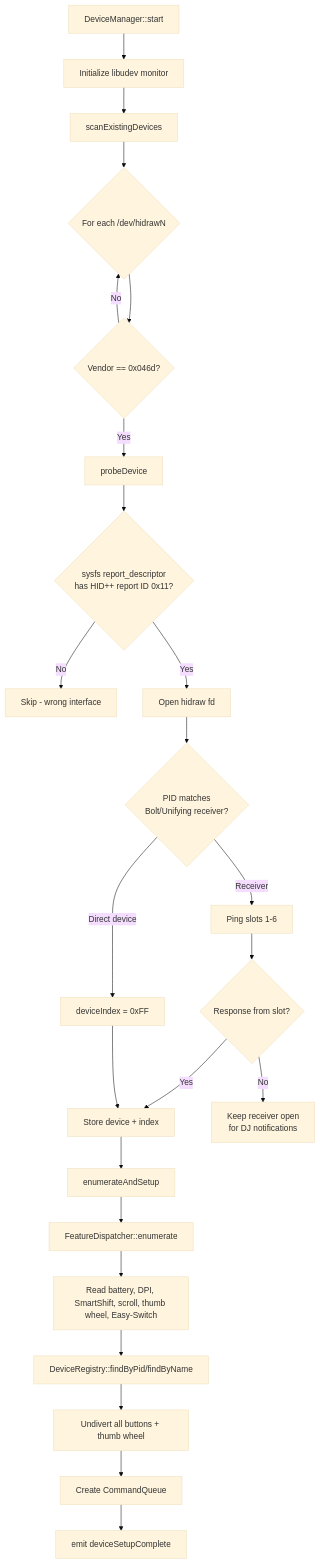
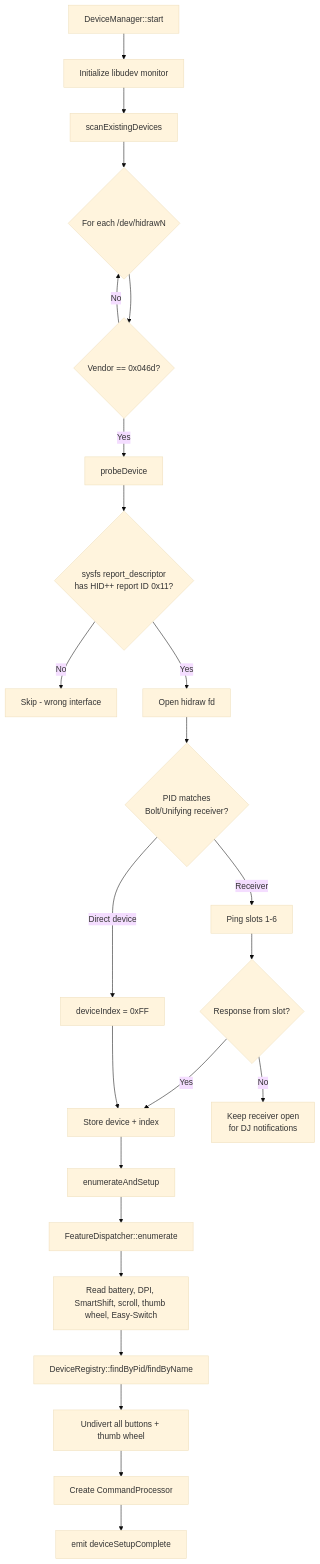
Diagram 12 of 15 in docs/wiki/Architecture.md (mmaher88/logitune), drawn with Mermaid (base theme) before and after one commit. The commit also changed other lines of this file and 58 other files, not shown here.

First line of the commit message:
Refactor: extract behavior from AppController, rename to AppRoot, polish class naming, rewrite architecture wiki (closes #107) (#108)

````diff
--- a/docs/wiki/Architecture.md
+++ b/docs/wiki/Architecture.md
@@ -596,31 +957,31 @@
 ```mermaid
 flowchart TD
     Start[DeviceManager::start] --> InitUdev[Initialize libudev monitor]
     InitUdev --> Scan[scanExistingDevices]
     Scan --> ForEach{For each /dev/hidrawN}
 
     ForEach --> CheckVendor{Vendor == 0x046d?}
     CheckVendor -->|No| ForEach
     CheckVendor -->|Yes| Probe[probeDevice]
 
     Probe --> CheckDesc{sysfs report_descriptor<br/>has HID++ report ID 0x11?}
     CheckDesc -->|No| Skip[Skip - wrong interface]
     CheckDesc -->|Yes| Open[Open hidraw fd]
     Open --> CheckPID{PID matches<br/>Bolt/Unifying receiver?}
 
     CheckPID -->|Receiver| PingSlots[Ping slots 1-6]
     PingSlots --> Found{Response from slot?}
     Found -->|Yes| Connect[Store device + index]
     Found -->|No| KeepOpen[Keep receiver open<br/>for DJ notifications]
 
     CheckPID -->|Direct device| SetDirect[deviceIndex = 0xFF]
     SetDirect --> Connect
 
     Connect --> Enumerate[enumerateAndSetup]
     Enumerate --> Features[FeatureDispatcher::enumerate]
     Features --> ReadState[Read battery, DPI, SmartShift, scroll, thumb wheel, Easy-Switch]
     ReadState --> LookupDesc[DeviceRegistry::findByPid/findByName]
     LookupDesc --> Undivert[Undivert all buttons + thumb wheel]
-    Undivert --> CreateQueue[Create CommandQueue]
+    Undivert --> CreateQueue[Create CommandProcessor]
     CreateQueue --> Signal[emit deviceSetupComplete]
 ```
````
